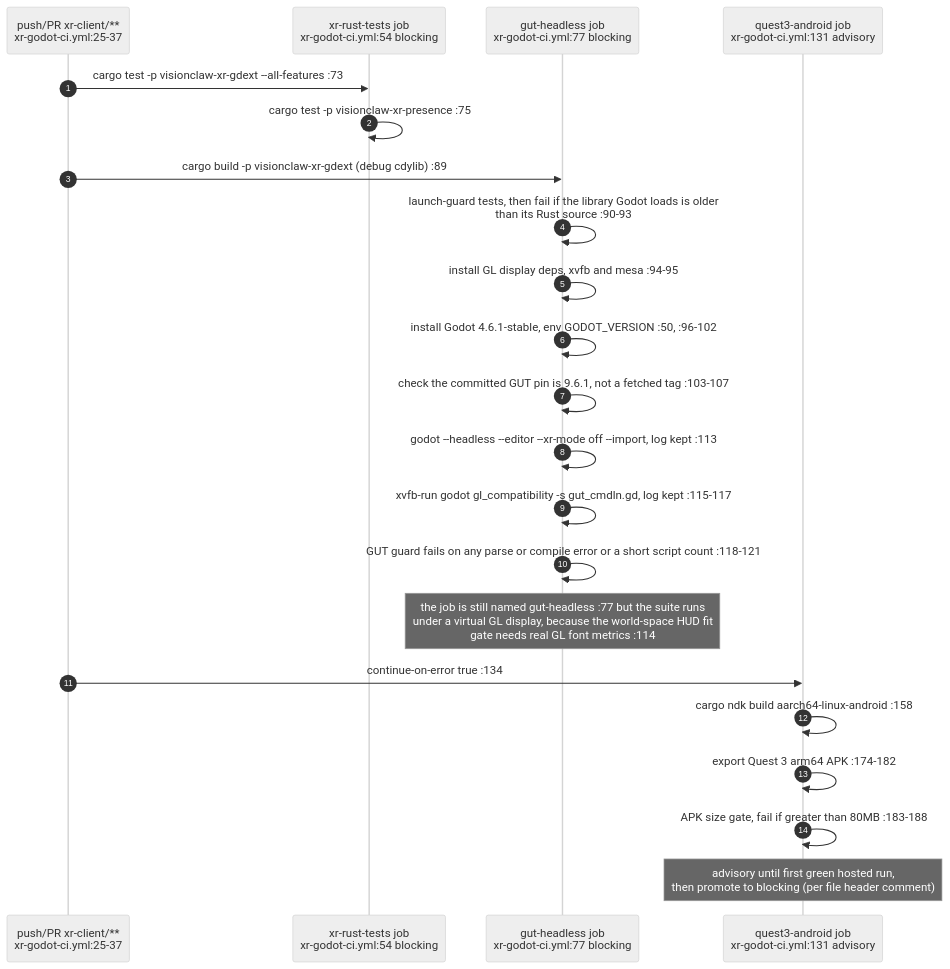
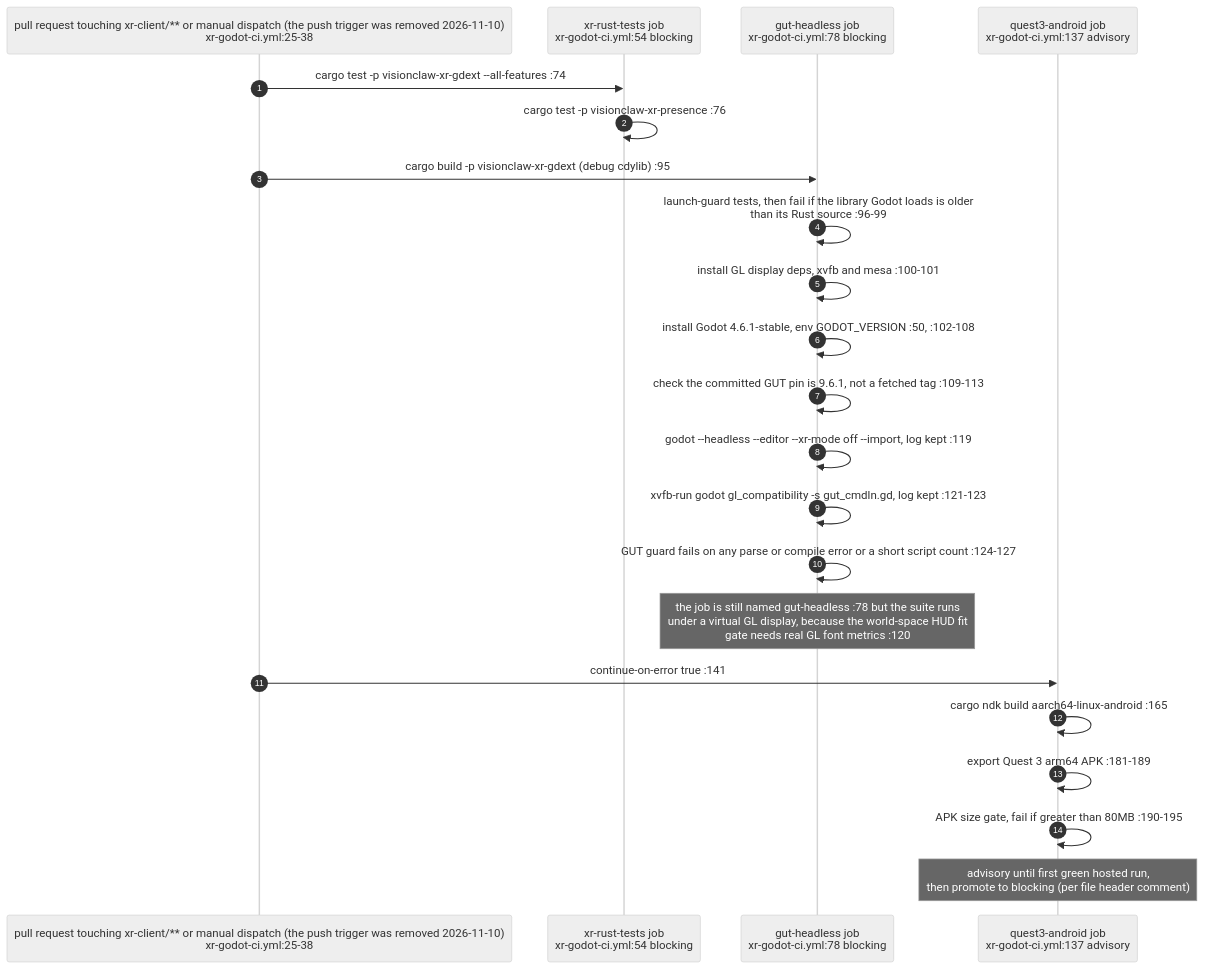
One commit to DreamLab-AI/VisionFlow changed diagram 14 of 24 in docs/diagrams/estate/09-build-deploy-and-ci-estate.md. Above: the diagram before and after it, drawn with Mermaid (neutral theme). The commit also changed other lines of this file and 49 other files, not shown here.

First line of the commit message:
docs(diagrams): re-derive and re-stamp VisionClaw, estate, knowledge-graph, visionGraph, VisionFlow and sidestr topics

````diff
--- a/docs/diagrams/estate/09-build-deploy-and-ci-estate.md
+++ b/docs/diagrams/estate/09-build-deploy-and-ci-estate.md
@@ -568,25 +568,25 @@
 ```mermaid
 sequenceDiagram
     autonumber
-    participant GH as push/PR xr-client/**<br/>xr-godot-ci.yml:25-37
+    participant GH as pull request touching xr-client/** or manual dispatch (the push trigger was removed 2026-11-10)<br/>xr-godot-ci.yml:25-38
     participant RT as xr-rust-tests job<br/>xr-godot-ci.yml:54 blocking
-    participant GUT as gut-headless job<br/>xr-godot-ci.yml:77 blocking
-    participant Q3 as quest3-android job<br/>xr-godot-ci.yml:131 advisory
+    participant GUT as gut-headless job<br/>xr-godot-ci.yml:78 blocking
+    participant Q3 as quest3-android job<br/>xr-godot-ci.yml:137 advisory
 
-    GH->>RT: cargo test -p visionclaw-xr-gdext --all-features :73
-    RT->>RT: cargo test -p visionclaw-xr-presence :75
-    GH->>GUT: cargo build -p visionclaw-xr-gdext (debug cdylib) :89
-    GUT->>GUT: launch-guard tests, then fail if the library Godot loads is older<br/>than its Rust source :90-93
-    GUT->>GUT: install GL display deps, xvfb and mesa :94-95
-    GUT->>GUT: install Godot 4.6.1-stable, env GODOT_VERSION :50, :96-102
-    GUT->>GUT: check the committed GUT pin is 9.6.1, not a fetched tag :103-107
-    GUT->>GUT: godot --headless --editor --xr-mode off --import, log kept :113
-    GUT->>GUT: xvfb-run godot gl_compatibility -s gut_cmdln.gd, log kept :115-117
-    GUT->>GUT: GUT guard fails on any parse or compile error or a short script count :118-121
-    Note over GUT: the job is still named gut-headless :77 but the suite runs<br/>under a virtual GL display, because the world-space HUD fit<br/>gate needs real GL font metrics :114
-    GH->>Q3: continue-on-error true :134
-    Q3->>Q3: cargo ndk build aarch64-linux-android :158
-    Q3->>Q3: export Quest 3 arm64 APK :174-182
-    Q3->>Q3: APK size gate, fail if greater than 80MB :183-188
+    GH->>RT: cargo test -p visionclaw-xr-gdext --all-features :74
+    RT->>RT: cargo test -p visionclaw-xr-presence :76
+    GH->>GUT: cargo build -p visionclaw-xr-gdext (debug cdylib) :95
+    GUT->>GUT: launch-guard tests, then fail if the library Godot loads is older<br/>than its Rust source :96-99
+    GUT->>GUT: install GL display deps, xvfb and mesa :100-101
+    GUT->>GUT: install Godot 4.6.1-stable, env GODOT_VERSION :50, :102-108
+    GUT->>GUT: check the committed GUT pin is 9.6.1, not a fetched tag :109-113
+    GUT->>GUT: godot --headless --editor --xr-mode off --import, log kept :119
+    GUT->>GUT: xvfb-run godot gl_compatibility -s gut_cmdln.gd, log kept :121-123
+    GUT->>GUT: GUT guard fails on any parse or compile error or a short script count :124-127
+    Note over GUT: the job is still named gut-headless :78 but the suite runs<br/>under a virtual GL display, because the world-space HUD fit<br/>gate needs real GL font metrics :120
+    GH->>Q3: continue-on-error true :141
+    Q3->>Q3: cargo ndk build aarch64-linux-android :165
+    Q3->>Q3: export Quest 3 arm64 APK :181-189
+    Q3->>Q3: APK size gate, fail if greater than 80MB :190-195
     Note over Q3: advisory until first green hosted run,<br/>then promote to blocking (per file header comment)
 ```
````
